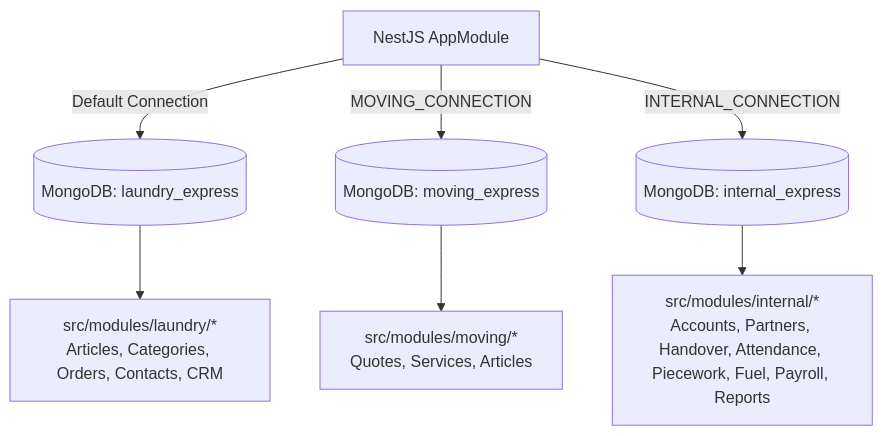
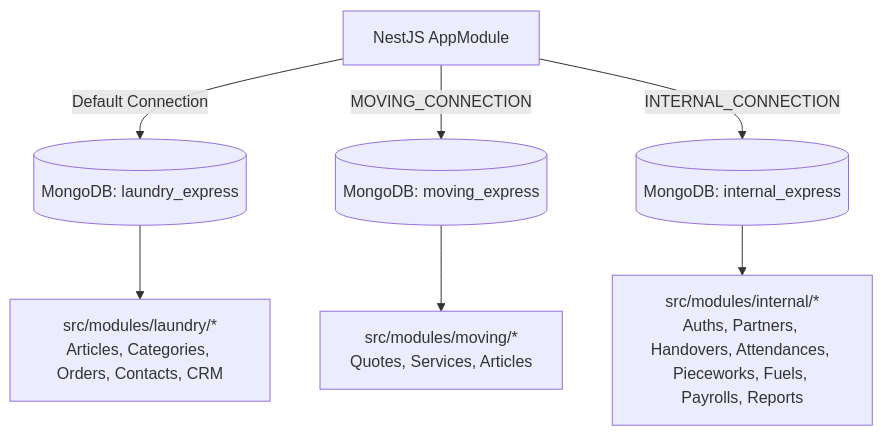
Before and after one commit to huyhoang011004/Project_Thanh_Xuan_Company: the first of 2 diagrams in .agents/docs/srs_sdd/srs_sdd_backend.md, drawn with Mermaid. The commit also changed other lines of this file and 6 other files, not shown here.

````diff
--- a/.agents/docs/srs_sdd/srs_sdd_backend.md
+++ b/.agents/docs/srs_sdd/srs_sdd_backend.md
@@ -133,12 +132,12 @@
 ```mermaid
 graph TD
     AppModule[NestJS AppModule]
     
     AppModule -->|Default Connection| DB_Laundry[(MongoDB: laundry_express)]
     AppModule -->|MOVING_CONNECTION| DB_Moving[(MongoDB: moving_express)]
     AppModule -->|INTERNAL_CONNECTION| DB_Internal[(MongoDB: internal_express)]
     
     DB_Laundry --> Mod_Laundry[src/modules/laundry/*<br/>Articles, Categories, Orders, Contacts, CRM]
     DB_Moving --> Mod_Moving[src/modules/moving/*<br/>Quotes, Services, Articles]
-    DB_Internal --> Mod_Internal[src/modules/internal/*<br/>Accounts, Partners, Handover, Attendance, Piecework, Fuel, Payroll, Reports]
+    DB_Internal --> Mod_Internal[src/modules/internal/*<br/>Auths, Partners, Handovers, Attendances, Pieceworks, Fuels, Payrolls, Reports]
 ```
````
